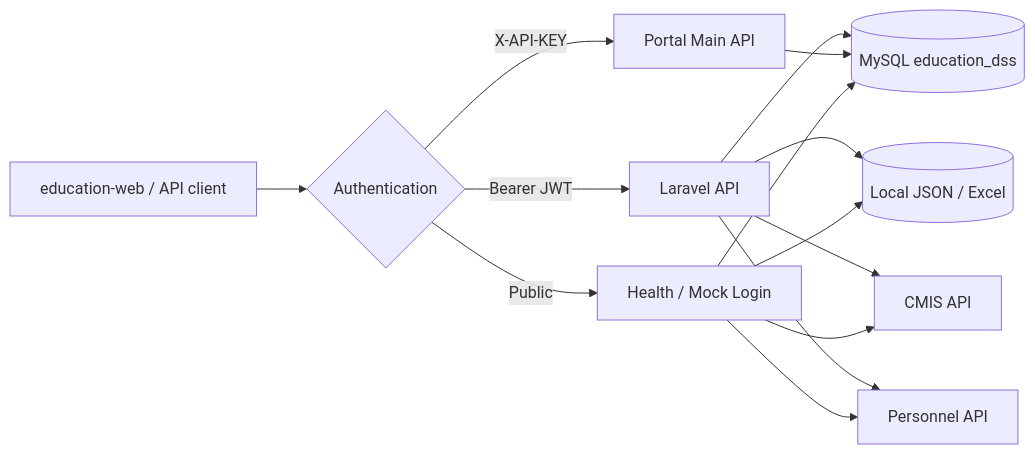
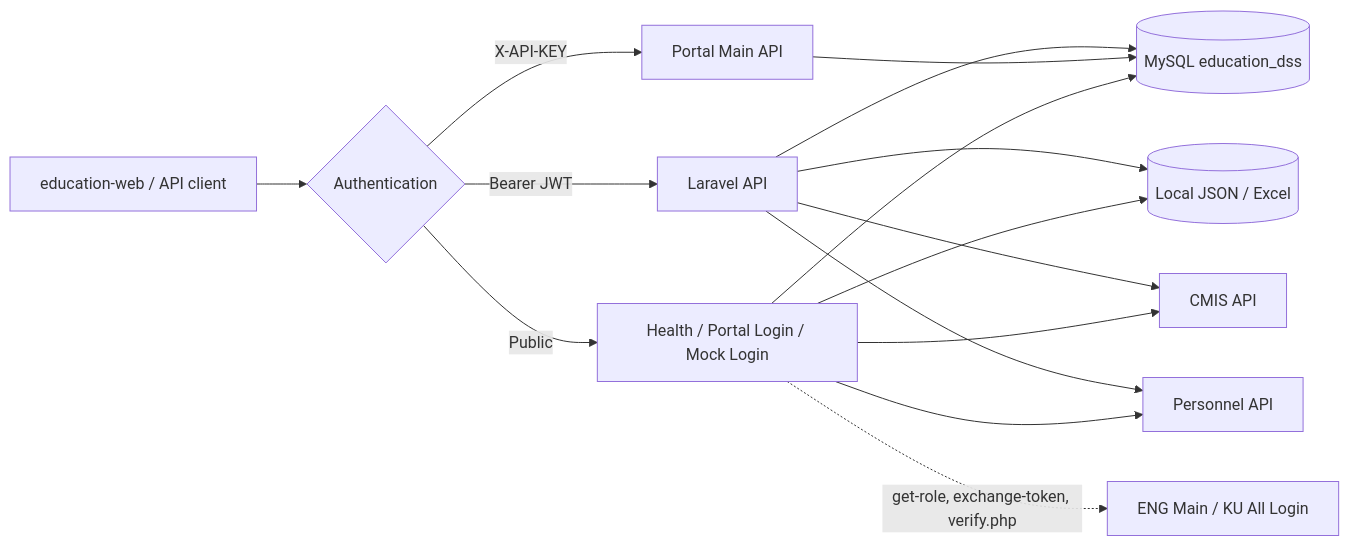
Before and after one commit to SomNarawan/education-api: the first of 2 diagrams in README.md, drawn with Mermaid. The commit also changed other lines of this file and 27 other files, not shown here.

First line of the commit message:
feat: add portal SSO login via ENG Main with session-bound JWT

````diff
--- a/README.md
+++ b/README.md
@@ -15,16 +15,17 @@
 ```mermaid
 flowchart LR
     Client[education-web / API client] --> Auth{Authentication}
     Auth -->|Bearer JWT| API[Laravel API]
     Auth -->|X-API-KEY| Portal[Portal Main API]
-    Auth -->|Public| Health[Health / Mock Login]
+    Auth -->|Public| Health[Health / Portal Login / Mock Login]
+    Health -.->|get-role, exchange-token, verify.php| ENGMain[ENG Main / KU All Login]
     API --> DB[(MySQL education_dss)]
     API --> Storage[(Local JSON / Excel)]
     API --> CMIS[CMIS API]
     API --> Personnel[Personnel API]
     Portal --> DB
     Health --> DB
     Health --> Storage
     Health --> CMIS
     Health --> Personnel
 ```
````
